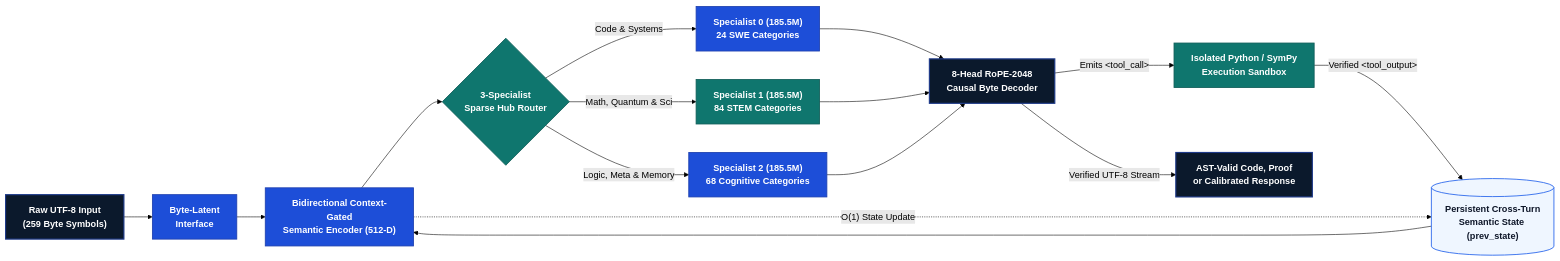
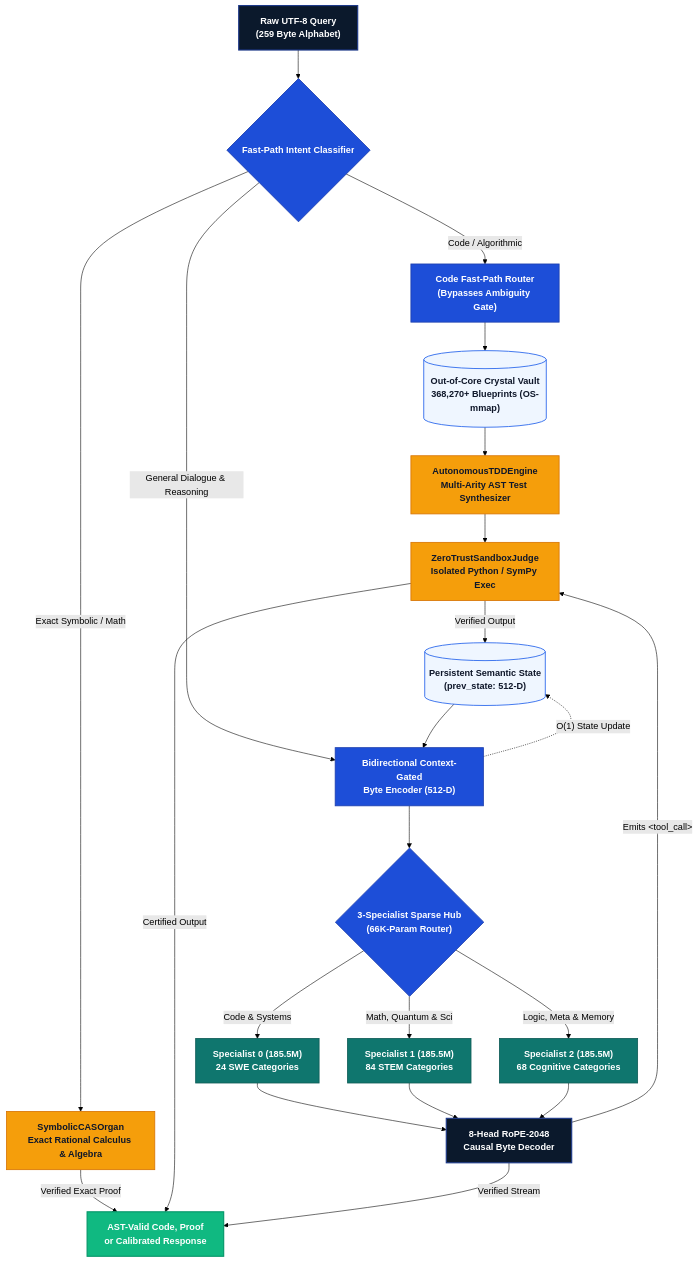
The second of 4 diagrams in README.md (realahmad07/Mirror-7), drawn with Mermaid (forest theme) before and after one commit. The commit also changed other lines of this file and 1 other file, not shown here.

Commit message:
docs: comprehensive architectural redesign from scratch to 368k vault, 55/55 benchmark, and dual-topology UI

````diff
--- a/README.md
+++ b/README.md
@@ -88,22 +164,37 @@
 ```mermaid
-flowchart LR
-    classDef navy fill:#0B192C,stroke:#1E3A8A,stroke-width:2px,color:#FFFFFF,font-weight:bold
-    classDef cobalt fill:#1D4ED8,stroke:#1E40AF,stroke-width:1.5px,color:#FFFFFF,font-weight:bold
-    classDef teal fill:#0F766E,stroke:#115E59,stroke-width:1.5px,color:#FFFFFF,font-weight:bold
-    classDef slate fill:#EFF6FF,stroke:#2563EB,stroke-width:1.5px,color:#0F172A,font-weight:bold
+flowchart TD
+    classDef input fill:#0B192C,stroke:#1E3A8A,stroke-width:2px,color:#FFFFFF,font-weight:bold
+    classDef router fill:#1D4ED8,stroke:#1E40AF,stroke-width:1.5px,color:#FFFFFF,font-weight:bold
+    classDef spec fill:#0F766E,stroke:#115E59,stroke-width:1.5px,color:#FFFFFF,font-weight:bold
+    classDef memory fill:#EFF6FF,stroke:#2563EB,stroke-width:1.5px,color:#0F172A,font-weight:bold
+    classDef sandbox fill:#F59E0B,stroke:#D97706,stroke-width:1.5px,color:#0F172A,font-weight:bold
+    classDef output fill:#10B981,stroke:#059669,stroke-width:2px,color:#FFFFFF,font-weight:bold
 
-    U["Raw UTF-8 Input<br/>(259 Byte Symbols)"]:::navy --> BL["Byte-Latent<br/>Interface"]:::cobalt
-    BL --> ENC["Bidirectional Context-Gated<br/>Semantic Encoder (512-D)"]:::cobalt
-    STATE[("Persistent Cross-Turn<br/>Semantic State (prev_state)")]:::slate --> ENC
-    ENC --> ROUTER{"3-Specialist<br/>Sparse Hub Router"}:::teal
+    U["Raw UTF-8 Query<br/>(259 Byte Alphabet)"]:::input --> INTENT{"Fast-Path Intent Classifier"}:::router
 
-    ROUTER -->|"Code & Systems"| S0["Specialist 0 (185.5M)<br/>24 SWE Categories"]:::cobalt
-    ROUTER -->|"Math, Quantum & Sci"| S1["Specialist 1 (185.5M)<br/>84 STEM Categories"]:::teal
-    ROUTER -->|"Logic, Meta & Memory"| S2["Specialist 2 (185.5M)<br/>68 Cognitive Categories"]:::cobalt
+    %% Fast-Path Symbolic Execution
+    INTENT -->|"Exact Symbolic / Math"| CAS["SymbolicCASOrgan<br/>Exact Rational Calculus & Algebra"]:::sandbox
+    INTENT -->|"Code / Algorithmic"| CODE_ROUTER["Code Fast-Path Router<br/>(Bypasses Ambiguity Gate)"]:::router
 
-    S0 & S1 & S2 --> DEC["8-Head RoPE-2048<br/>Causal Byte Decoder"]:::navy
-    DEC -->|"Emits &lt;tool_call&gt;"| SANDBOX["Isolated Python / SymPy<br/>Execution Sandbox"]:::teal
-    SANDBOX -->|"Verified &lt;tool_output&gt;"| STATE
-    DEC -->|"Verified UTF-8 Stream"| OUT["AST-Valid Code, Proof<br/>or Calibrated Response"]:::navy
+    %% General Neural Hub Execution
+    INTENT -->|"General Dialogue & Reasoning"| ENC["Bidirectional Context-Gated<br/>Byte Encoder (512-D)"]:::router
+    STATE[("Persistent Semantic State<br/>(prev_state: 512-D)")]:::memory --> ENC
+    ENC --> HUB{"3-Specialist Sparse Hub<br/>(66K-Param Router)"}:::router
+
+    HUB -->|"Code & Systems"| S0["Specialist 0 (185.5M)<br/>24 SWE Categories"]:::spec
+    HUB -->|"Math, Quantum & Sci"| S1["Specialist 1 (185.5M)<br/>84 STEM Categories"]:::spec
+    HUB -->|"Logic, Meta & Memory"| S2["Specialist 2 (185.5M)<br/>68 Cognitive Categories"]:::spec
+
+    CODE_ROUTER --> DISK_VAULT[("Out-of-Core Crystal Vault<br/>368,270+ Blueprints (OS-mmap)")]:::memory
+    DISK_VAULT --> TDD["AutonomousTDDEngine<br/>Multi-Arity AST Test Synthesizer"]:::sandbox
+
+    S0 & S1 & S2 --> DEC["8-Head RoPE-2048<br/>Causal Byte Decoder"]:::input
+    DEC -->|"Emits &lt;tool_call&gt;"| SANDBOX["ZeroTrustSandboxJudge<br/>Isolated Python / SymPy Exec"]:::sandbox
+    TDD --> SANDBOX
+
+    SANDBOX -->|"Verified Output"| STATE
+    CAS -->|"Verified Exact Proof"| OUT["AST-Valid Code, Proof<br/>or Calibrated Response"]:::output
+    SANDBOX -->|"Certified Output"| OUT
+    DEC -->|"Verified Stream"| OUT
     ENC -.->|"O(1) State Update"| STATE
 ```
````
